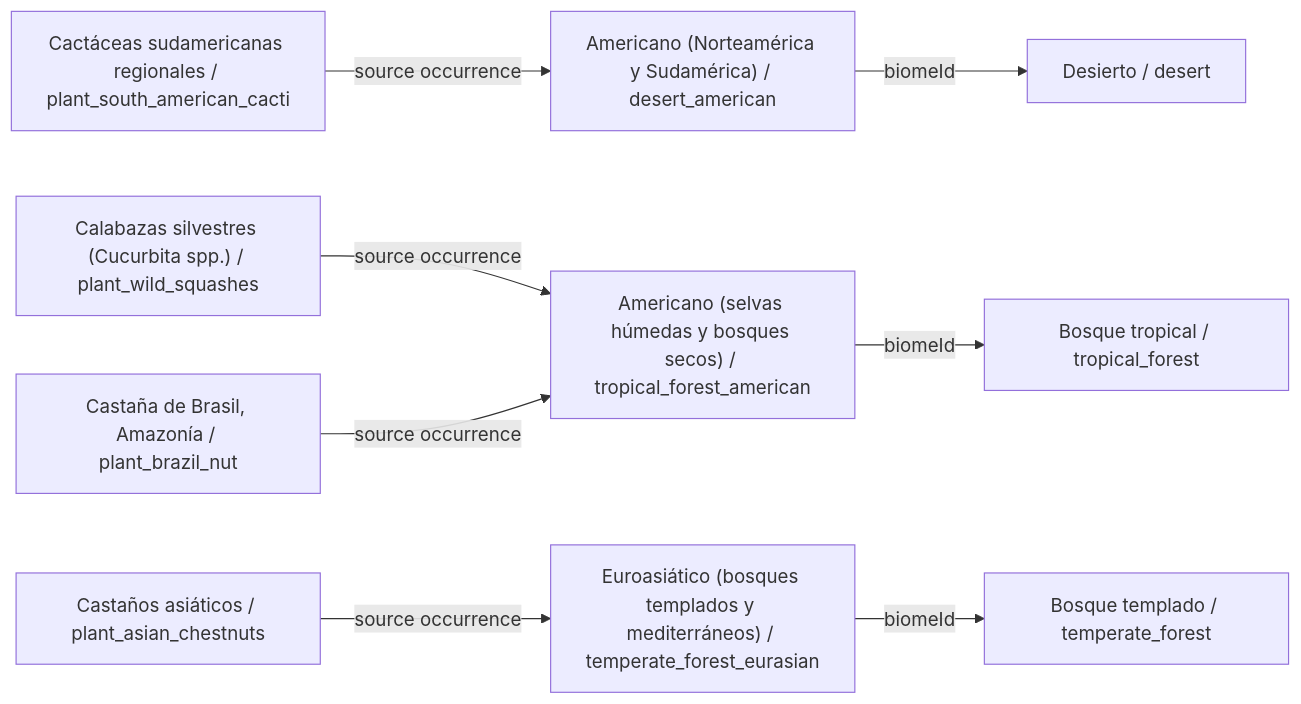
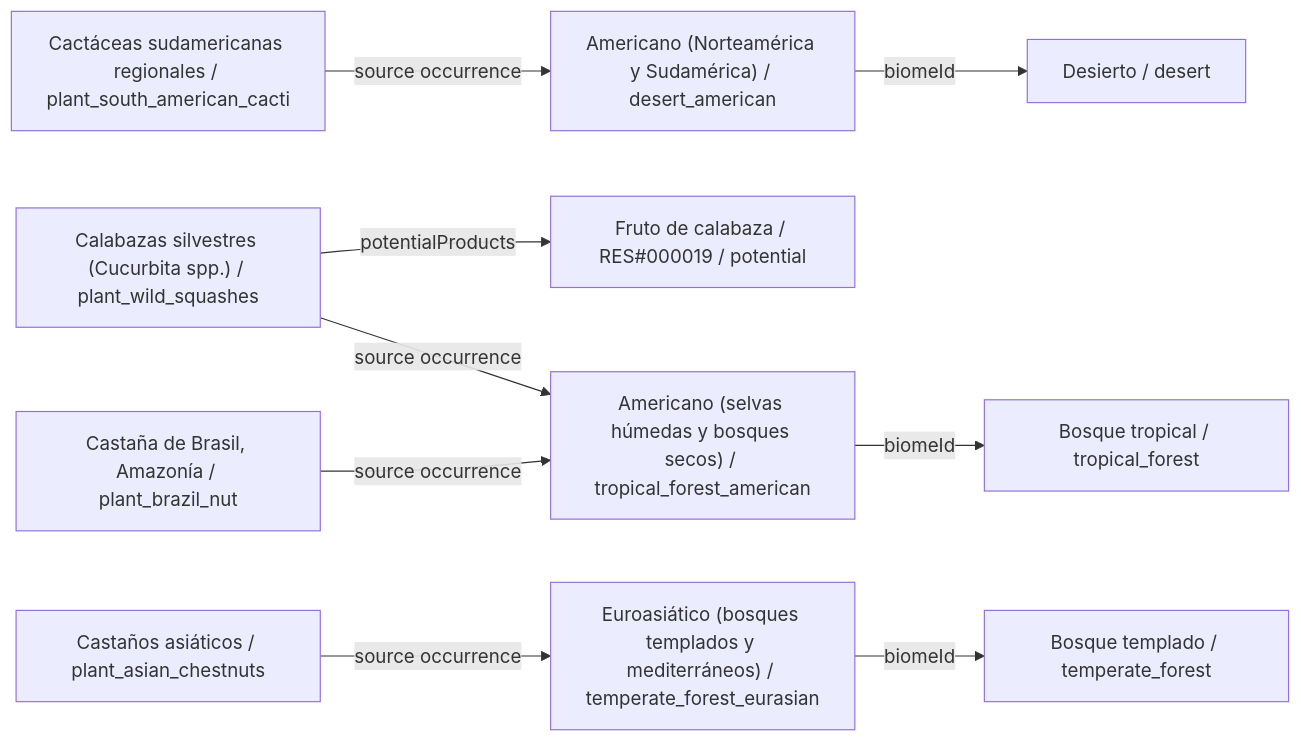
Before and after one commit to fgabo404/EvolveDoc: the ninth of 39 diagrams in data/plants/DIAGRAMS.es.md, drawn with Mermaid. The commit also changed other lines of this file and 50 other files, not shown here.

````diff
--- a/data/plants/DIAGRAMS.es.md
+++ b/data/plants/DIAGRAMS.es.md
@@ -354,20 +358,22 @@
 ```mermaid
 flowchart LR
     c0["Cactáceas sudamericanas regionales / plant_south_american_cacti"]
     v15["Americano (Norteamérica y Sudamérica) / desert_american"]
     b4["Desierto / desert"]
     c1["Calabazas silvestres (Cucurbita spp.) / plant_wild_squashes"]
     v0["Americano (selvas húmedas y bosques secos) / tropical_forest_american"]
     b0["Bosque tropical / tropical_forest"]
+    o1_0["Fruto de calabaza / RES#000019 / potential"]
     c2["Castaña de Brasil, Amazonía / plant_brazil_nut"]
     c3["Castaños asiáticos / plant_asian_chestnuts"]
     v4["Euroasiático (bosques templados y mediterráneos) / temperate_forest_eurasian"]
     b1["Bosque templado / temperate_forest"]
     c0 -->|source occurrence| v15
+    c1 -->|potentialProducts| o1_0
     c1 -->|source occurrence| v0
     c2 -->|source occurrence| v0
     c3 -->|source occurrence| v4
     v0 -->|biomeId| b0
     v15 -->|biomeId| b4
     v4 -->|biomeId| b1
 ```
````
